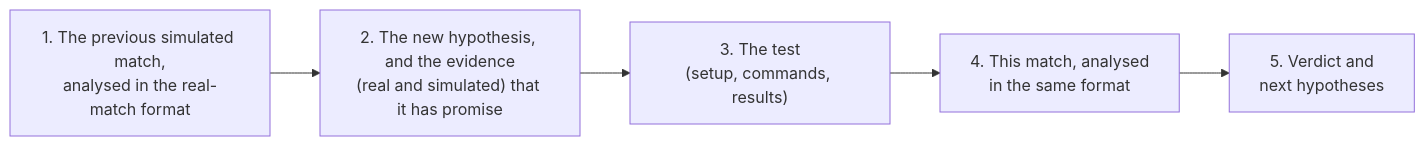
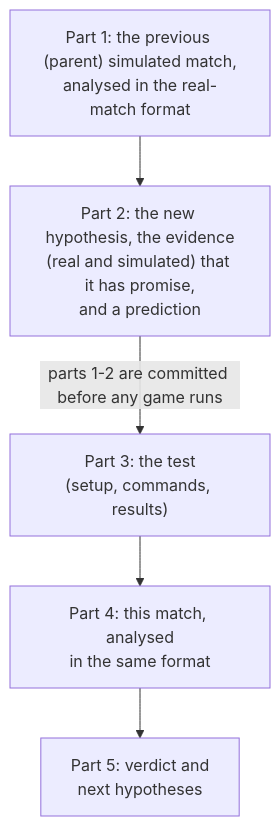
One commit to extremefattypunch/Cambridge-BattleCode-Turborecallers-2026 changed the fifth of 6 diagrams in README.md. Above: the diagram before and after it, drawn with Mermaid. The commit also changed other lines of this file and 18 other files, not shown here.

Commit message:
Apply the README/workflow review: gate steps (e) old-bot hedge and (f) skeptic in LOOP and README, pre-registered simulated notes (tools/new_sim_note.py), claimed scouting (unscouted.py --claim), safe and bounded organiser and indexes, diagram fixes

````diff
--- a/README.md
+++ b/README.md
@@ -101,7 +108,7 @@
 ```mermaid
-flowchart LR
-    P["1. The previous simulated match,<br/>analysed in the real-match format"] --> H["2. The new hypothesis, and the evidence<br/>(real and simulated) that it has promise"]
-    H --> T["3. The test<br/>(setup, commands, results)"]
-    T --> A["4. This match, analysed<br/>in the same format"]
-    A --> V["5. Verdict and<br/>next hypotheses"]
+flowchart TB
+    P["Part 1: the previous (parent) simulated match,<br/>analysed in the real-match format"] --> H["Part 2: the new hypothesis, the evidence<br/>(real and simulated) that it has promise,<br/>and a prediction"]
+    H -- "parts 1-2 are committed before any game runs" --> T["Part 3: the test<br/>(setup, commands, results)"]
+    T --> A["Part 4: this match, analysed<br/>in the same format"]
+    A --> V["Part 5: verdict and<br/>next hypotheses"]
 ```
````
